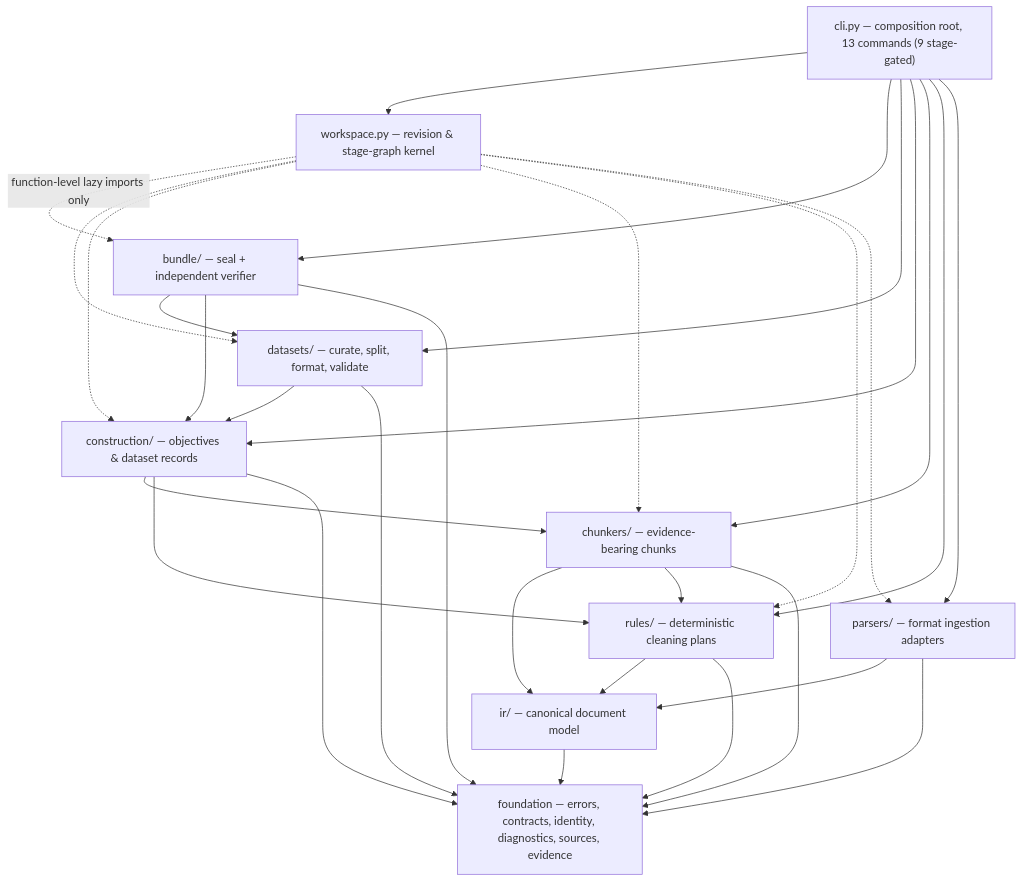
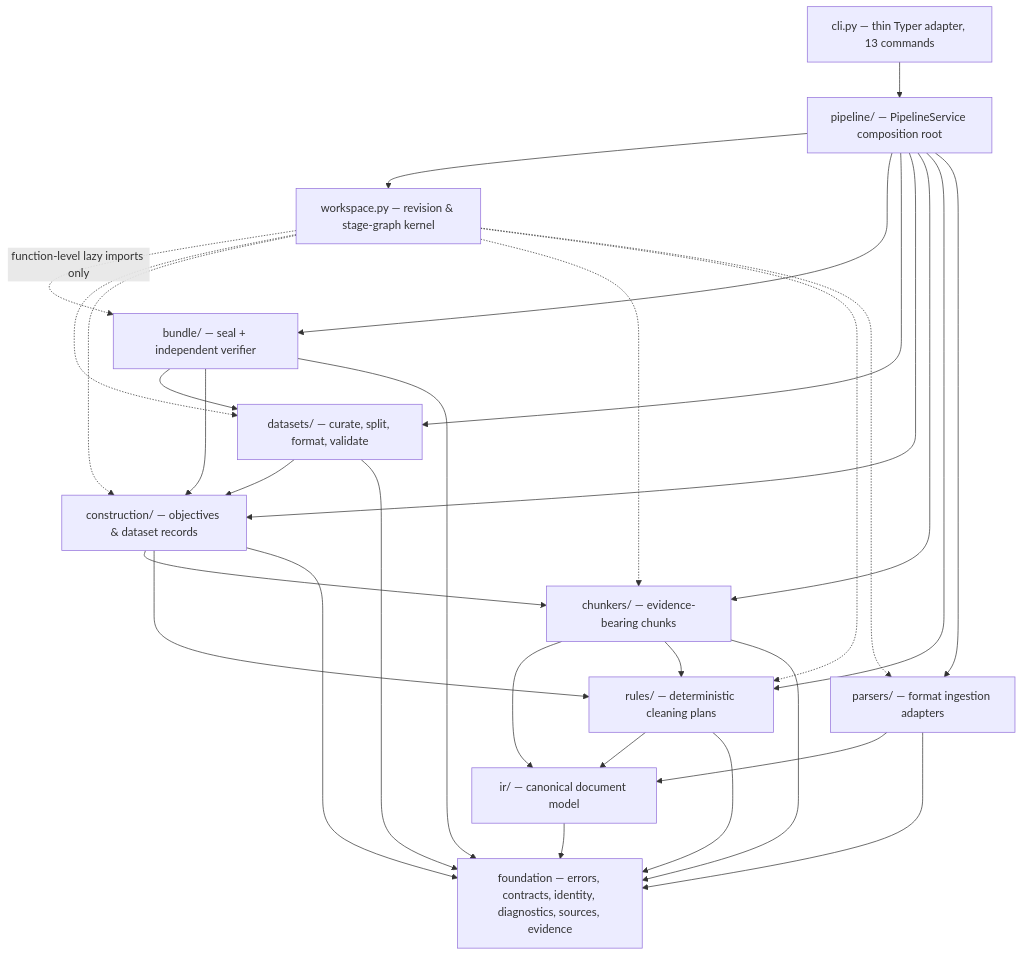
One commit to ogprotege/Veriformis changed the diagram in docs/architecture/layers.md. Above: the diagram before and after it, drawn with Mermaid. The commit also changed other lines of this file and 15 other files, not shown here.

First line of the commit message:
feat: complete Group 4 PipelineService and dual-objective M1.1 gate

````diff
--- a/docs/architecture/layers.md
+++ b/docs/architecture/layers.md
@@ -27,43 +28,45 @@
 ```mermaid
 flowchart TD
-    CLI["cli.py — composition root, 13 commands (9 stage-gated)"]
+    CLI["cli.py — thin Typer adapter, 13 commands"]
+    PIP["pipeline/ — PipelineService composition root"]
     WS["workspace.py — revision & stage-graph kernel"]
     BUN["bundle/ — seal + independent verifier"]
     DAT["datasets/ — curate, split, format, validate"]
     CON["construction/ — objectives & dataset records"]
     CHK["chunkers/ — evidence-bearing chunks"]
     RUL["rules/ — deterministic cleaning plans"]
     PAR["parsers/ — format ingestion adapters"]
     IR["ir/ — canonical document model"]
     FND["foundation — errors, contracts, identity, diagnostics, sources, evidence"]
 
-    CLI --> WS
-    CLI --> BUN
-    CLI --> DAT
-    CLI --> CON
-    CLI --> CHK
-    CLI --> RUL
-    CLI --> PAR
+    CLI --> PIP
+    PIP --> WS
+    PIP --> BUN
+    PIP --> DAT
+    PIP --> CON
+    PIP --> CHK
+    PIP --> RUL
+    PIP --> PAR
     WS -. "function-level lazy imports only" .-> BUN
     WS -.-> DAT
     WS -.-> CON
     WS -.-> CHK
     WS -.-> RUL
     WS -.-> PAR
     BUN --> DAT
     BUN --> CON
     DAT --> CON
     CON --> CHK
     CON --> RUL
     CHK --> IR
     CHK --> RUL
     RUL --> IR
     PAR --> IR
     BUN --> FND
     DAT --> FND
     CON --> FND
     CHK --> FND
     RUL --> FND
     PAR --> FND
     IR --> FND
 ```
````
